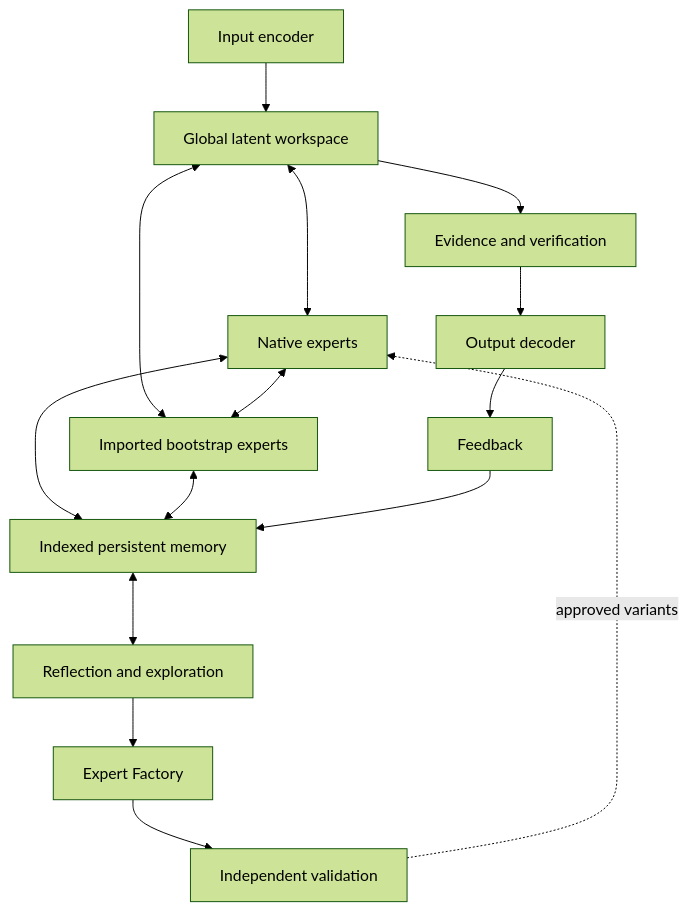
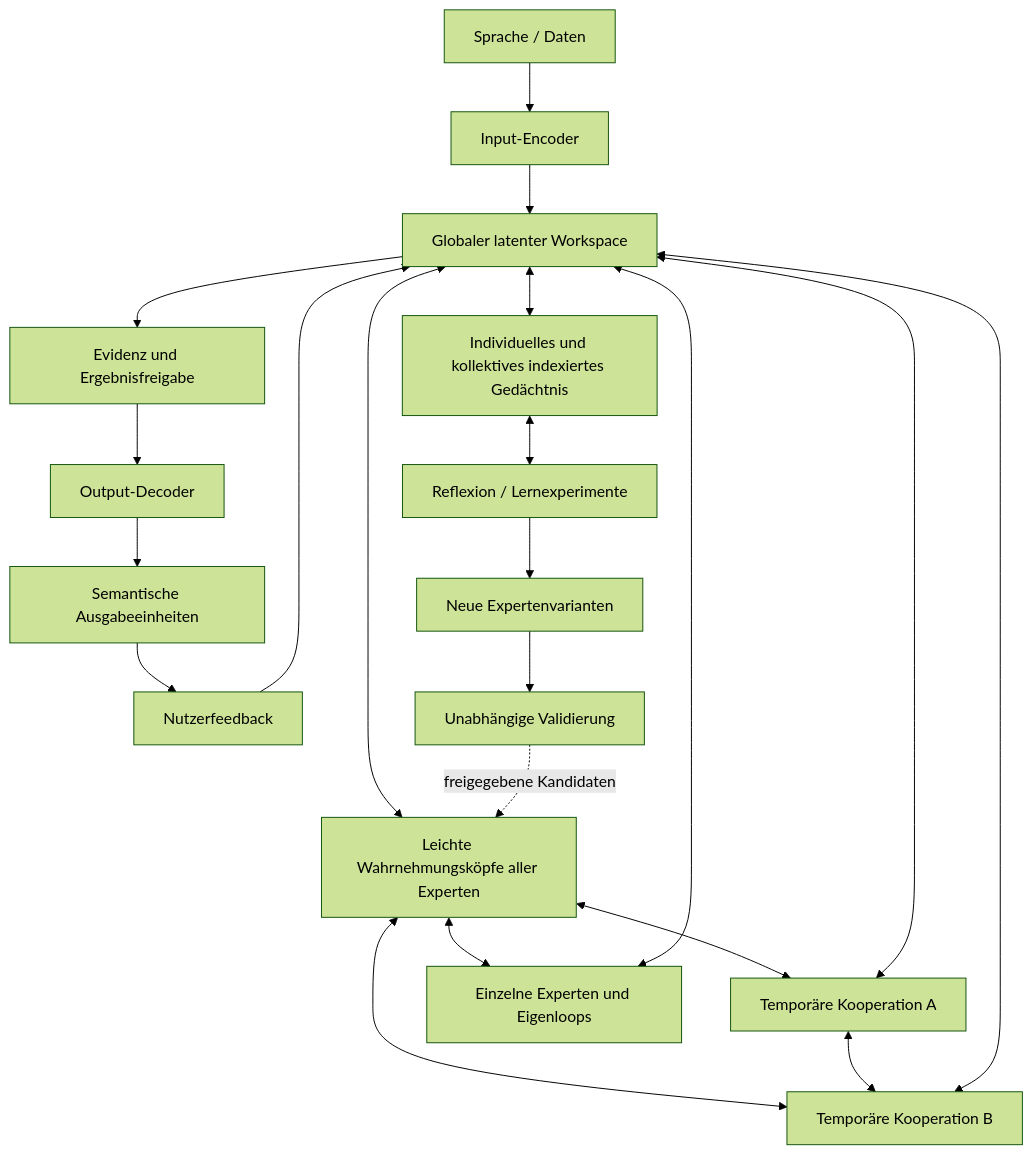
The second of 3 diagrams in README.md (Griggelor/VibeWeights), drawn with Mermaid (forest theme) before and after one commit. The commit also changed other lines of this file and 136 other files, not shown here.

````diff
--- a/README.md
+++ b/README.md
@@ -21,17 +33,23 @@
 ```mermaid
 flowchart TB
- I[Input encoder] --> W[Global latent workspace]
- W <--> A[Native experts]
- W <--> B[Imported bootstrap experts]
+ U[Sprache / Daten] --> I[Input-Encoder]
+ I --> G[Globaler latenter Workspace]
+ G <--> P[Leichte Wahrnehmungsköpfe aller Experten]
+ P <--> A[Temporäre Kooperation A]
+ P <--> B[Temporäre Kooperation B]
+ P <--> S[Einzelne Experten und Eigenloops]
  A <--> B
- A <--> M[Indexed persistent memory]
- B <--> M
- W --> V[Evidence and verification]
- V --> O[Output decoder]
- O --> F[Feedback]
- F --> M
- M <--> E[Reflection and exploration]
- E --> C[Expert Factory]
- C --> T[Independent validation]
- T -. approved variants .-> A
+ A <--> G
+ B <--> G
+ S <--> G
+ G <--> M[Individuelles und kollektives indexiertes Gedächtnis]
+ G --> V[Evidenz und Ergebnisfreigabe]
+ V --> O[Output-Decoder]
+ O --> U2[Semantische Ausgabeeinheiten]
+ U2 --> F[Nutzerfeedback]
+ F --> G
+ M <--> L[Reflexion / Lernexperimente]
+ L --> C[Neue Expertenvarianten]
+ C --> T[Unabhängige Validierung]
+ T -. freigegebene Kandidaten .-> P
 ```
````
